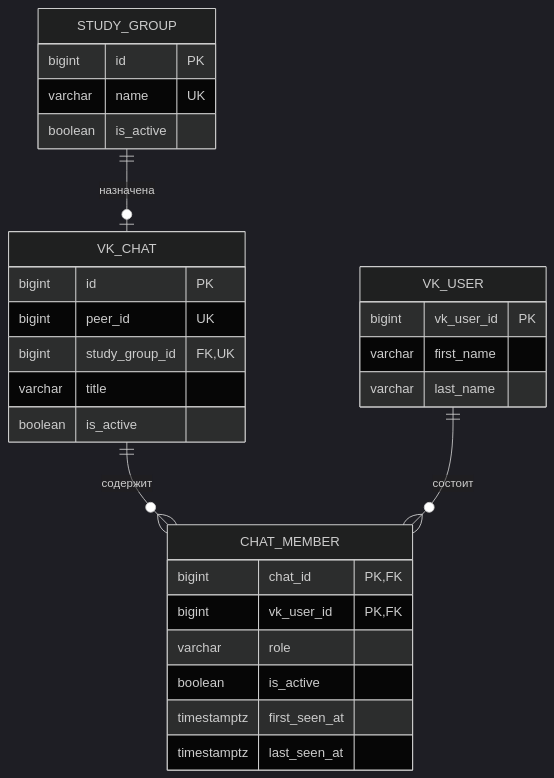
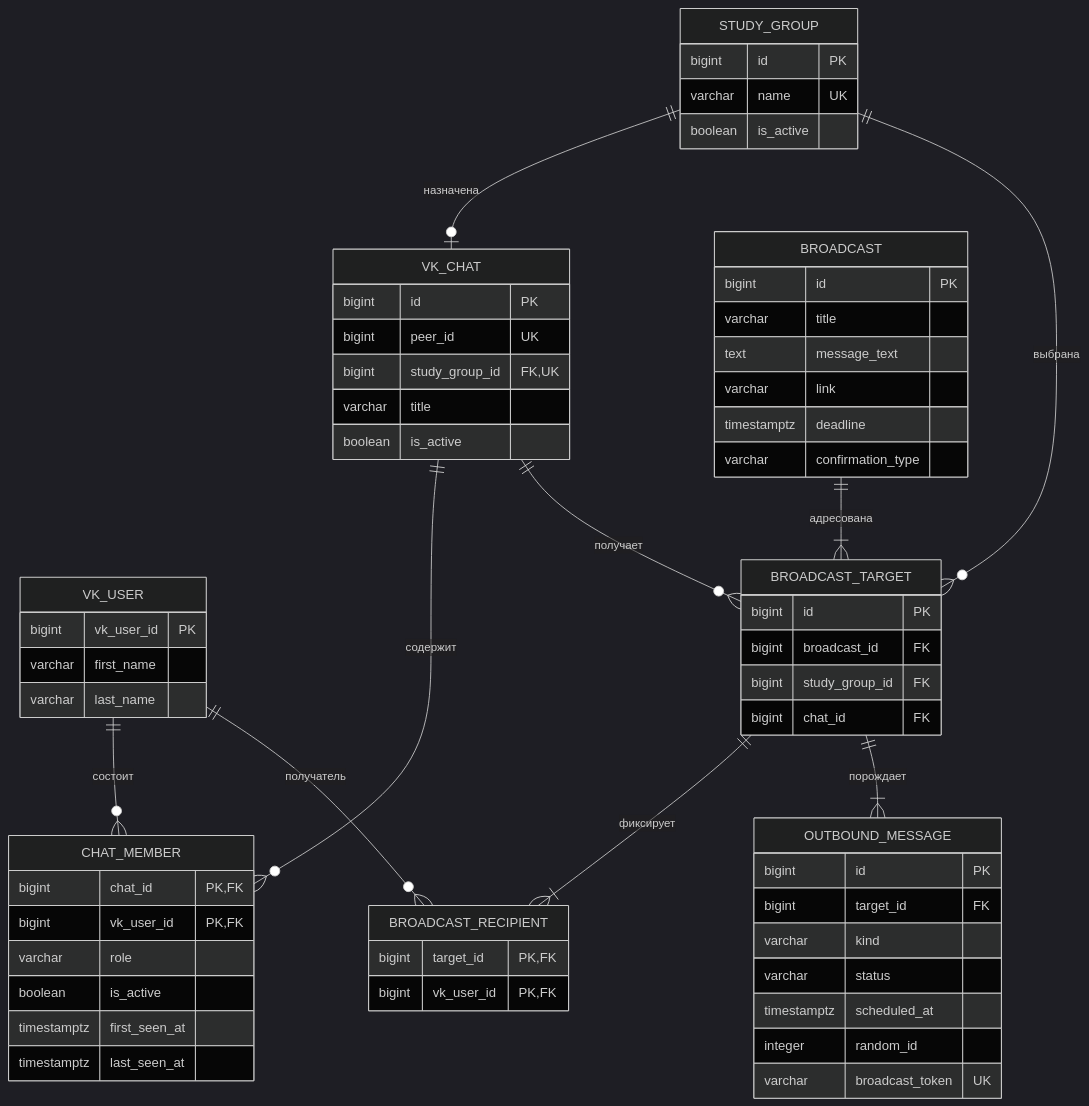
The diagram in docs/database.md (VladFomin17/vk-tutors-bot), drawn with Mermaid (dark theme) before and after one commit. The commit also changed other lines of this file and 14 other files, not shown here.

````diff
--- a/docs/database.md
+++ b/docs/database.md
@@ -5,32 +5,65 @@
 ```mermaid
 erDiagram
     STUDY_GROUP ||--o| VK_CHAT : "назначена"
     VK_CHAT ||--o{ CHAT_MEMBER : "содержит"
     VK_USER ||--o{ CHAT_MEMBER : "состоит"
+    BROADCAST ||--|{ BROADCAST_TARGET : "адресована"
+    STUDY_GROUP ||--o{ BROADCAST_TARGET : "выбрана"
+    VK_CHAT ||--o{ BROADCAST_TARGET : "получает"
+    BROADCAST_TARGET ||--|{ BROADCAST_RECIPIENT : "фиксирует"
+    VK_USER ||--o{ BROADCAST_RECIPIENT : "получатель"
+    BROADCAST_TARGET ||--|{ OUTBOUND_MESSAGE : "порождает"
 
     STUDY_GROUP {
         bigint id PK
         varchar name UK
         boolean is_active
     }
     VK_CHAT {
         bigint id PK
         bigint peer_id UK
         bigint study_group_id FK,UK
         varchar title
         boolean is_active
     }
     VK_USER {
         bigint vk_user_id PK
         varchar first_name
         varchar last_name
     }
     CHAT_MEMBER {
         bigint chat_id PK,FK
         bigint vk_user_id PK,FK
         varchar role
         boolean is_active
         timestamptz first_seen_at
         timestamptz last_seen_at
     }
+    BROADCAST {
+        bigint id PK
+        varchar title
+        text message_text
+        varchar link
+        timestamptz deadline
+        varchar confirmation_type
+    }
+    BROADCAST_TARGET {
+        bigint id PK
+        bigint broadcast_id FK
+        bigint study_group_id FK
+        bigint chat_id FK
+    }
+    BROADCAST_RECIPIENT {
+        bigint target_id PK,FK
+        bigint vk_user_id PK,FK
+    }
+    OUTBOUND_MESSAGE {
+        bigint id PK
+        bigint target_id FK
+        varchar kind
+        varchar status
+        timestamptz scheduled_at
+        integer random_id
+        varchar broadcast_token UK
+    }
 ```
````
